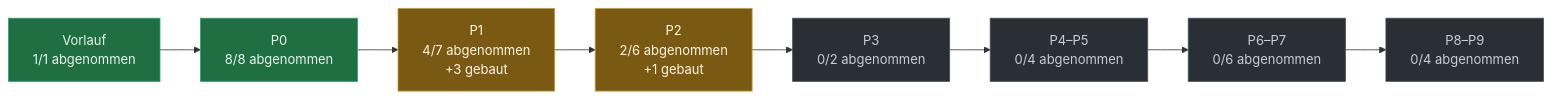
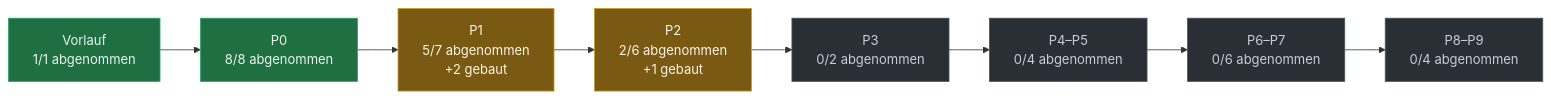
The diagram in docs/PLAN-STAND.md (evenacadia-tech/Nakama), drawn with Mermaid before and after one commit. The commit also changed other lines of this file and 2 other files, not shown here.

````diff
--- a/docs/PLAN-STAND.md
+++ b/docs/PLAN-STAND.md
@@ -37,21 +40,21 @@
 ```mermaid
 flowchart LR
   P0["Vorlauf<br/>1/1 abgenommen"]:::fertig
   P1["P0<br/>8/8 abgenommen"]:::fertig
   P0 --> P1
-  P2["P1<br/>4/7 abgenommen<br/>+3 gebaut"]:::laeuft
+  P2["P1<br/>5/7 abgenommen<br/>+2 gebaut"]:::laeuft
   P1 --> P2
   P3["P2<br/>2/6 abgenommen<br/>+1 gebaut"]:::laeuft
   P2 --> P3
   P4["P3<br/>0/2 abgenommen"]:::offen
   P3 --> P4
   P5["P4–P5<br/>0/4 abgenommen"]:::offen
   P4 --> P5
   P6["P6–P7<br/>0/6 abgenommen"]:::offen
   P5 --> P6
   P7["P8–P9<br/>0/4 abgenommen"]:::offen
   P6 --> P7
   classDef fertig fill:#1f6f43,stroke:#2ea36a,color:#eaf6ef
   classDef laeuft fill:#7a5a12,stroke:#c99a2e,color:#fdf6e6
   classDef offen  fill:#2a2f36,stroke:#4a525c,color:#c7ced8
 ```
````
